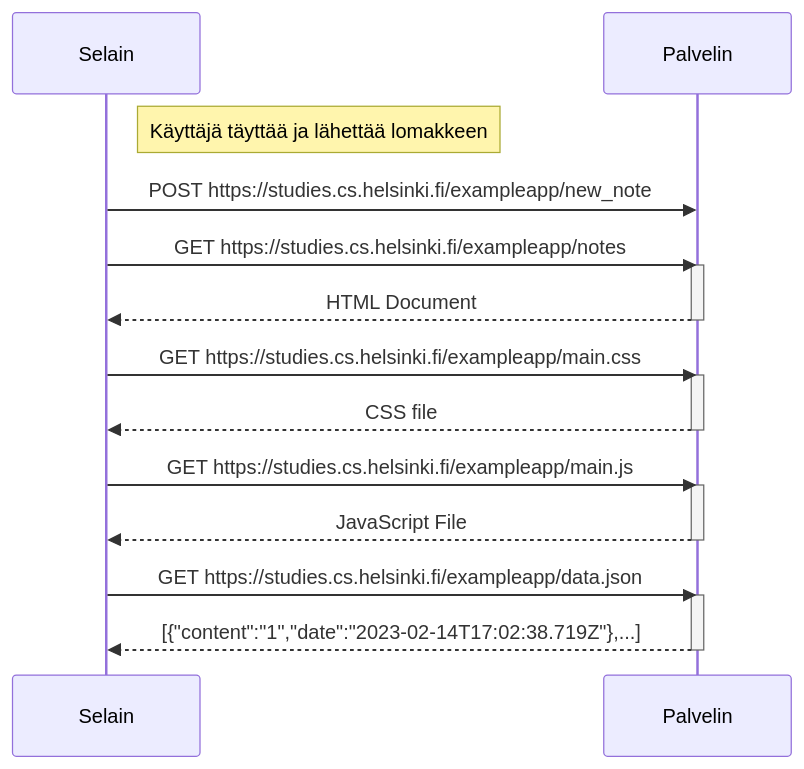
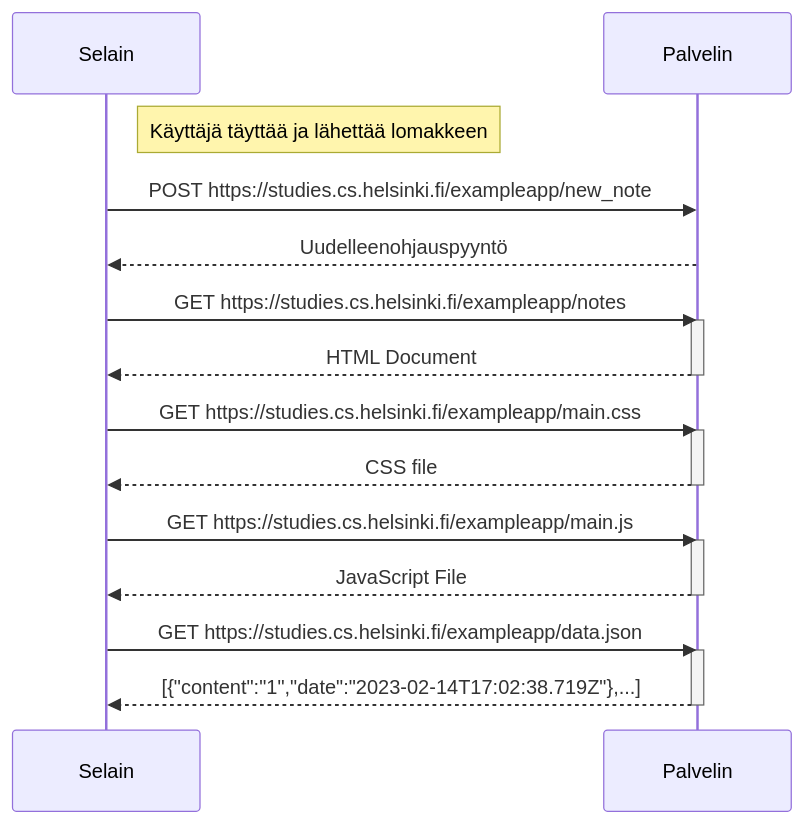
One commit to TeekkariTeemu/fullstack changed the diagram in Osa0/04.md. Above: the diagram before and after it, drawn with Mermaid.

Commit message:
Uudelleenohjauspyyntö

````diff
--- a/Osa0/04.md
+++ b/Osa0/04.md
@@ -1,23 +1,24 @@
 ```mermaid
 sequenceDiagram
     participant Selain
     participant Palvelin
     Note right of Selain: Käyttäjä täyttää ja lähettää lomakkeen 
     Selain->>Palvelin: POST https://studies.cs.helsinki.fi/exampleapp/new_note
+    Palvelin-->>Selain: Uudelleenohjauspyyntö
     Selain->>Palvelin: GET https://studies.cs.helsinki.fi/exampleapp/notes
     activate Palvelin
     Palvelin-->>Selain: HTML Document
     deactivate Palvelin
     Selain->>Palvelin: GET https://studies.cs.helsinki.fi/exampleapp/main.css
     activate Palvelin
     Palvelin-->>Selain: CSS file
     deactivate Palvelin
     Selain->>Palvelin: GET https://studies.cs.helsinki.fi/exampleapp/main.js
     activate Palvelin
     Palvelin-->>Selain: JavaScript File
     deactivate Palvelin
     Selain->>Palvelin: GET https://studies.cs.helsinki.fi/exampleapp/data.json
     activate Palvelin
     Palvelin-->>Selain: [{"content":"1","date":"2023-02-14T17:02:38.719Z"},...]
     deactivate Palvelin
 ```
````
